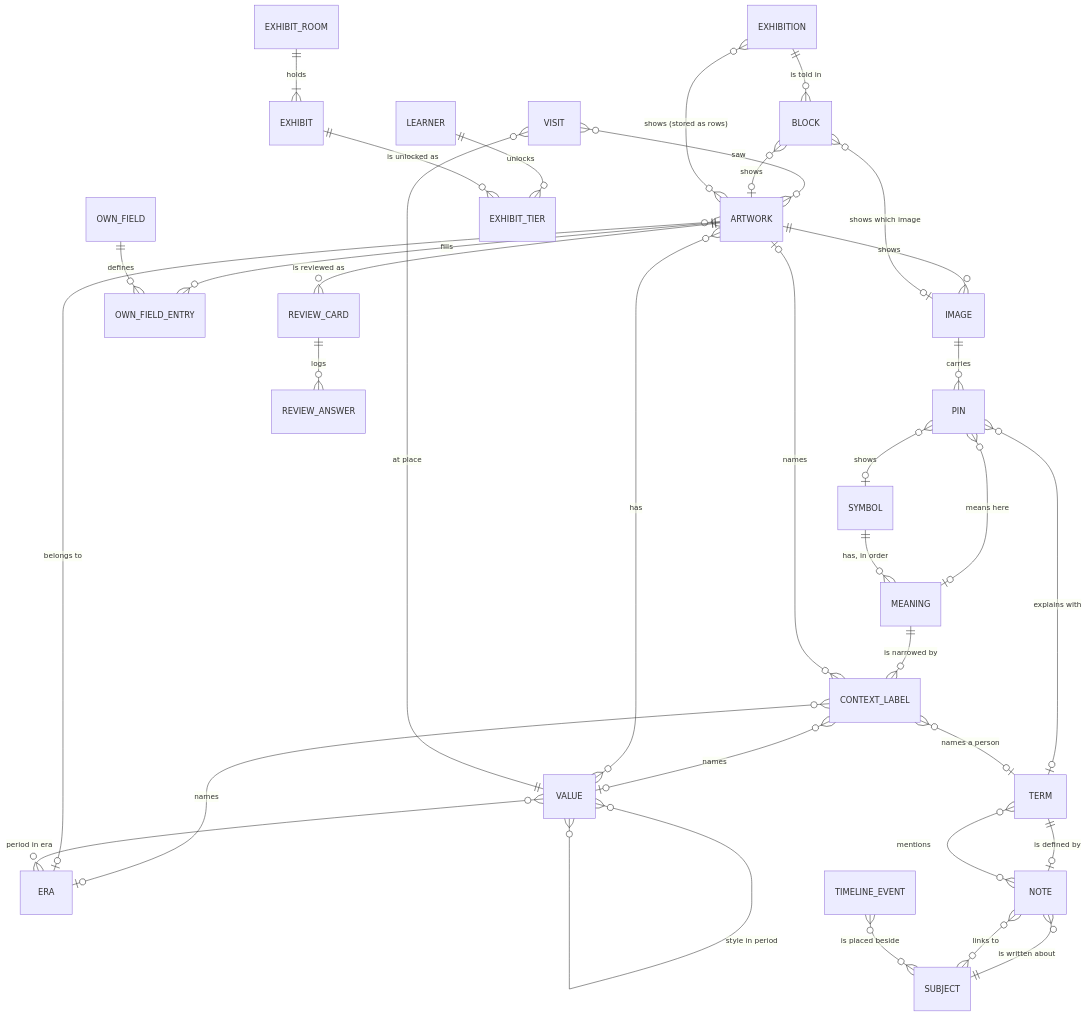
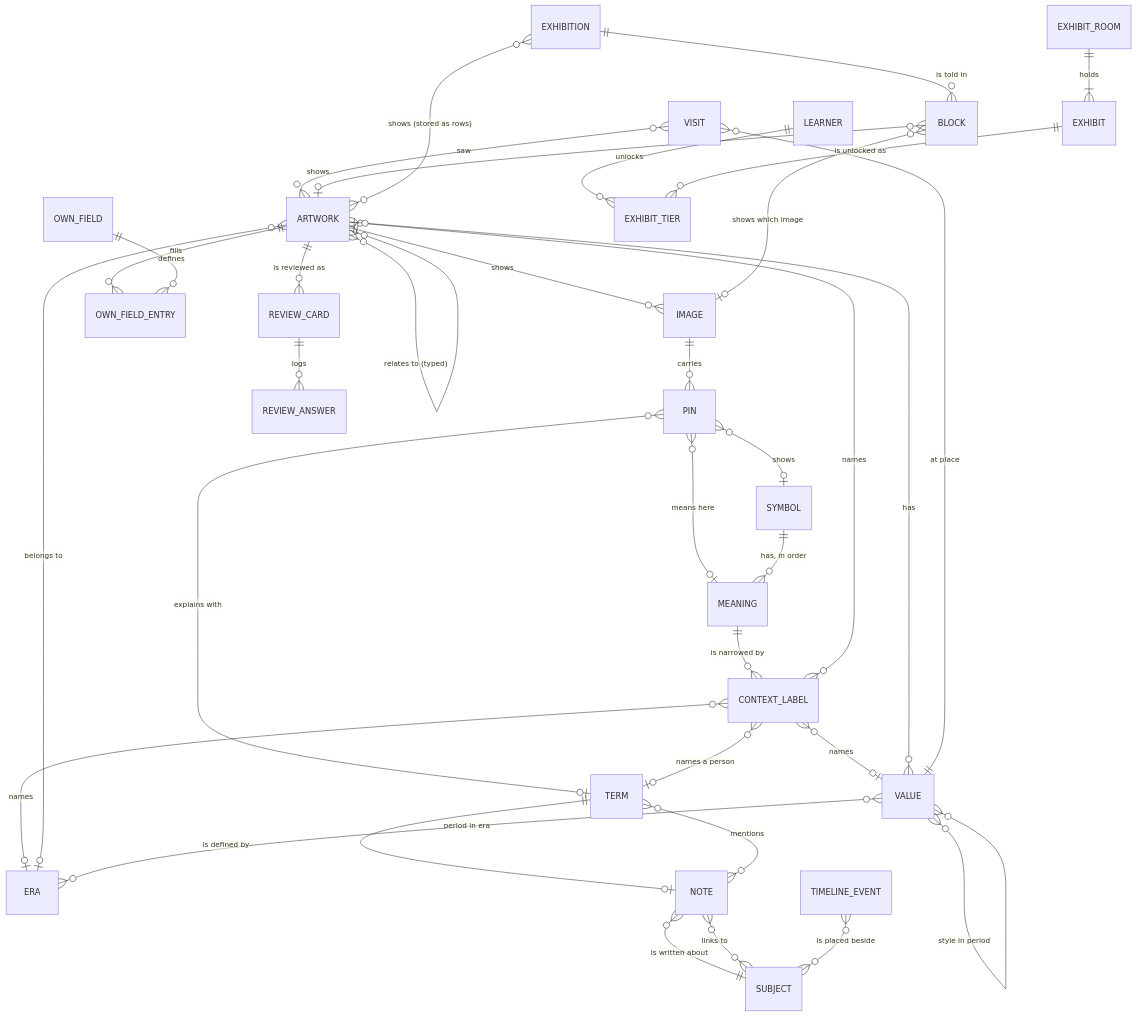
One commit to kamil-nawrot/study-atelier changed the diagram in docs/data-model/conceptual.md. Above: the diagram before and after it, drawn with Mermaid. The commit also changed other lines of this file and 5 other files, not shown here.

````diff
--- a/docs/data-model/conceptual.md
+++ b/docs/data-model/conceptual.md
@@ -5,36 +5,38 @@
 ```mermaid
 erDiagram
   ARTWORK ||--o{ IMAGE : "shows"
   IMAGE ||--o{ PIN : "carries"
   PIN }o--o| TERM : "explains with"
   PIN }o--o| SYMBOL : "shows"
   PIN }o--o| MEANING : "means here"
   SYMBOL ||--o{ MEANING : "has, in order"
   MEANING ||--o{ CONTEXT_LABEL : "is narrowed by"
   CONTEXT_LABEL }o--o| VALUE : "names"
   CONTEXT_LABEL }o--o| ERA : "names"
   CONTEXT_LABEL }o--o| ARTWORK : "names"
   CONTEXT_LABEL }o--o| TERM : "names a person"
   ARTWORK }o--o{ VALUE : "has"
+  ARTWORK }o--o{ ARTWORK : "relates to (typed)"
+  VALUE }o--o{ VALUE : "author relates to author (typed)"
   ARTWORK }o--o| ERA : "belongs to"
   VALUE }o--o{ ERA : "period in era"
   VALUE }o--o{ VALUE : "style in period"
   ARTWORK ||--o{ OWN_FIELD_ENTRY : "fills"
   OWN_FIELD ||--o{ OWN_FIELD_ENTRY : "defines"
   VISIT }o--|| VALUE : "at place"
   VISIT }o--o{ ARTWORK : "saw"
   NOTE }o--|| SUBJECT : "is written about"
   NOTE }o--o{ SUBJECT : "links to"
   NOTE }o--o{ TERM : "mentions"
   TERM ||--o| NOTE : "is defined by"
   ARTWORK ||--o{ REVIEW_CARD : "is reviewed as"
   REVIEW_CARD ||--o{ REVIEW_ANSWER : "logs"
   LEARNER ||--o{ EXHIBIT_TIER : "unlocks"
   EXHIBIT ||--o{ EXHIBIT_TIER : "is unlocked as"
   EXHIBIT_ROOM ||--|{ EXHIBIT : "holds"
   TIMELINE_EVENT }o--o{ SUBJECT : "is placed beside"
   EXHIBITION ||--o{ BLOCK : "is told in"
   BLOCK }o--o| ARTWORK : "shows"
   BLOCK }o--o| IMAGE : "shows which image"
   EXHIBITION }o--o{ ARTWORK : "shows (stored as rows)"
 ```
````
